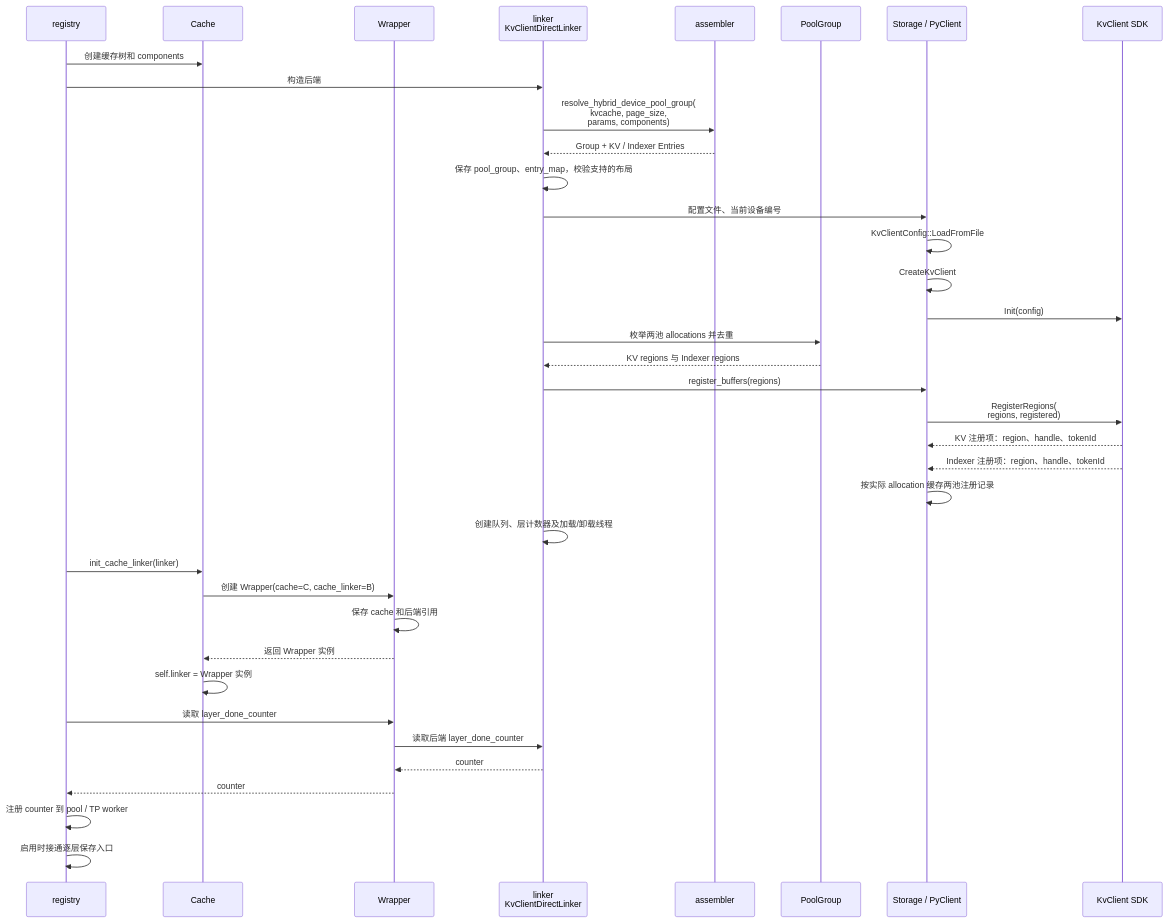
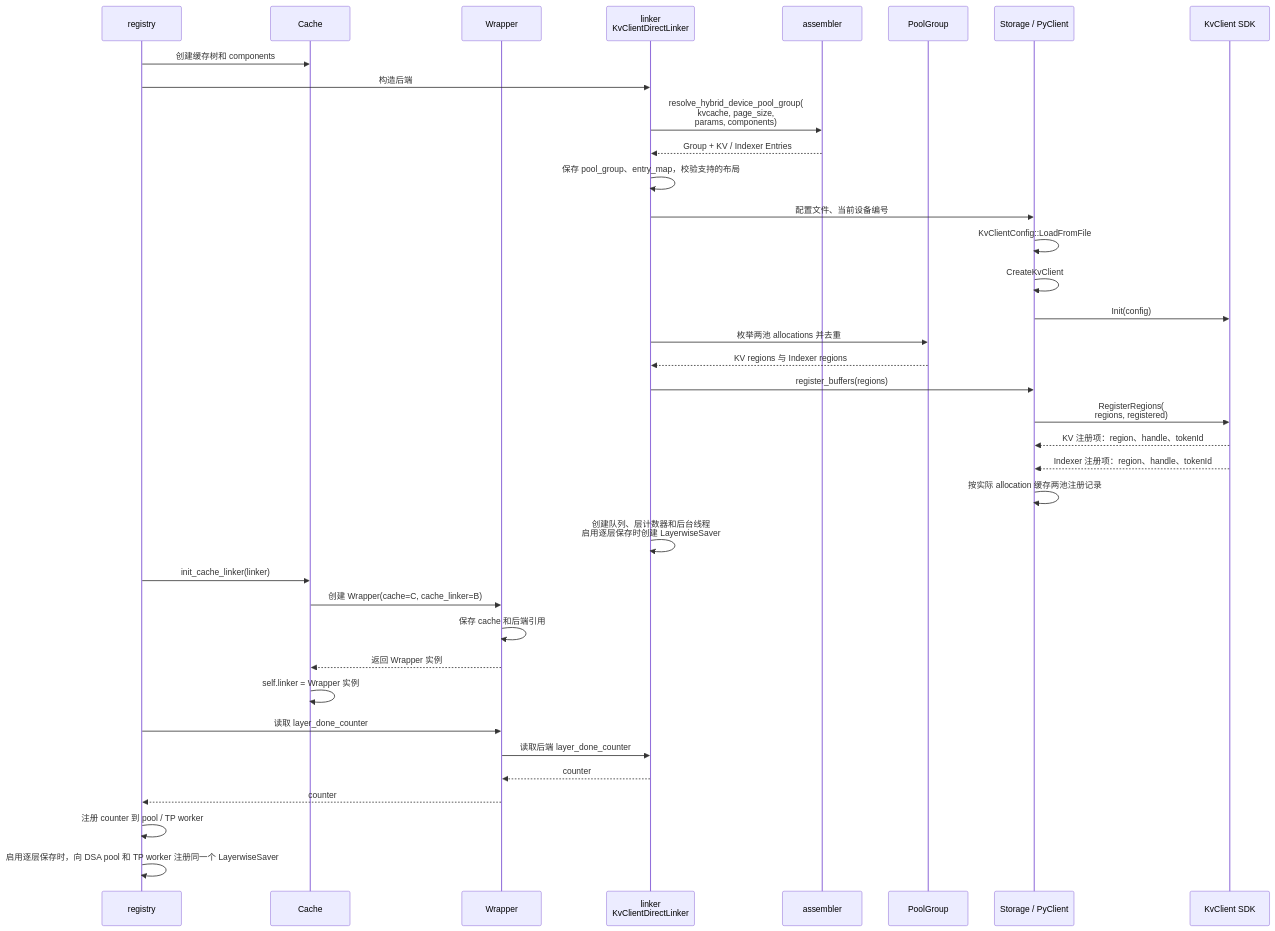
One commit to yuanzhg078/sglang changed the eighth of 26 diagrams in kv_client_linker_backend_design.md. Above: the diagram before and after it, drawn with Mermaid. The commit also changed other lines of this file and 11 other files, not shown here.

````diff
--- a/kv_client_linker_backend_design.md
+++ b/kv_client_linker_backend_design.md
@@ -403,39 +414,39 @@
 ```mermaid
 sequenceDiagram
     participant R as registry
     participant C as Cache
     participant W as Wrapper
     participant B as linker<br/>KvClientDirectLinker
     participant A as assembler
     participant P as PoolGroup
     participant N as Storage / PyClient
     participant K as KvClient SDK
     R->>C: 创建缓存树和 components
     R->>B: 构造后端
     B->>A: resolve_hybrid_device_pool_group(<br/>kvcache, page_size,<br/>params, components)
     A-->>B: Group + KV / Indexer Entries
     B->>B: 保存 pool_group、entry_map，校验支持的布局
     B->>N: 配置文件、当前设备编号
     N->>N: KvClientConfig::LoadFromFile
     N->>N: CreateKvClient
     N->>K: Init(config)
     B->>P: 枚举两池 allocations 并去重
     P-->>B: KV regions 与 Indexer regions
     B->>N: register_buffers(regions)
     N->>K: RegisterRegions(<br/>regions, registered)
     K-->>N: KV 注册项：region、handle、tokenId
     K-->>N: Indexer 注册项：region、handle、tokenId
     N->>N: 按实际 allocation 缓存两池注册记录
-    B->>B: 创建队列、层计数器及加载/卸载线程
+    B->>B: 创建队列、层计数器和后台线程<br/>启用逐层保存时创建 LayerwiseSaver
     R->>C: init_cache_linker(linker)
     C->>W: 创建 Wrapper(cache=C, cache_linker=B)
     W->>W: 保存 cache 和后端引用
     W-->>C: 返回 Wrapper 实例
     C->>C: self.linker = Wrapper 实例
     R->>W: 读取 layer_done_counter
     W->>B: 读取后端 layer_done_counter
     B-->>W: counter
     W-->>R: counter
     R->>R: 注册 counter 到 pool / TP worker
-    R->>R: 启用时接通逐层保存入口
+    R->>R: 启用逐层保存时，向 DSA pool 和 TP worker 注册同一个 LayerwiseSaver
 ```
````
